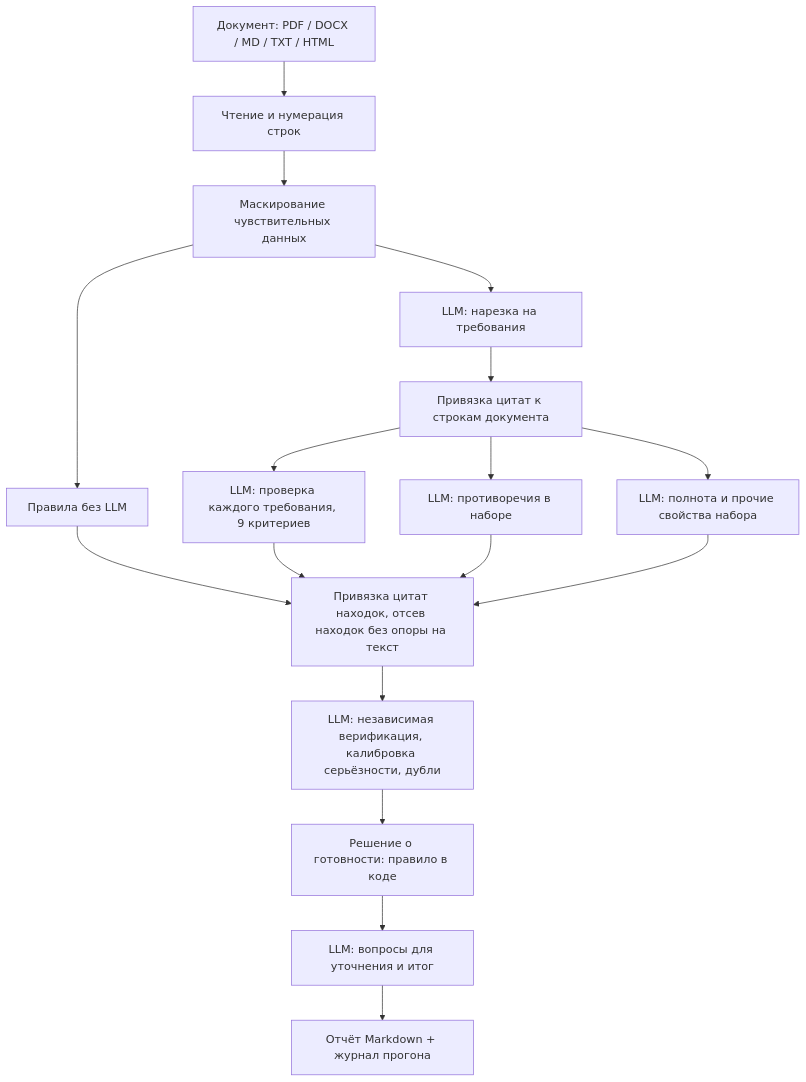
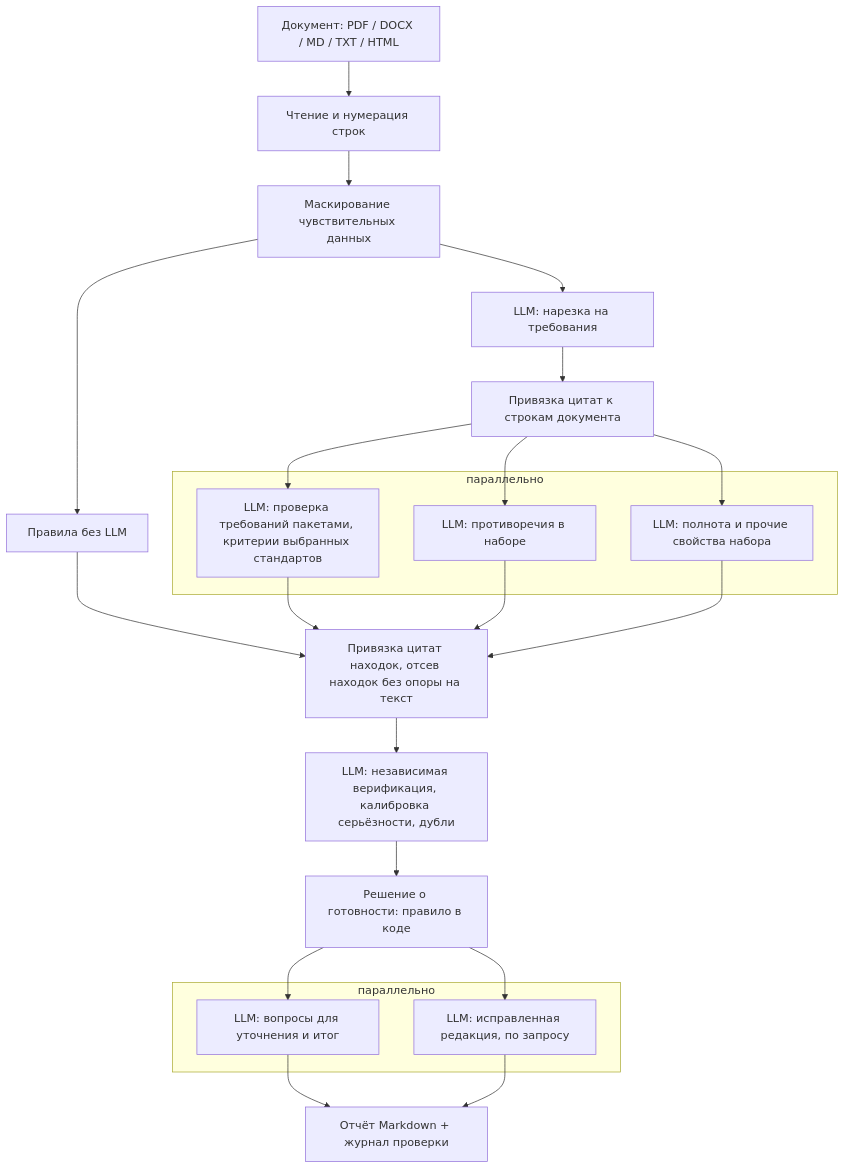
The diagram in README.md (i-oeng/bcc-ai), drawn with Mermaid before and after one commit. The commit also changed other lines of this file and 13 other files, not shown here.

````diff
--- a/README.md
+++ b/README.md
@@ -54,16 +62,23 @@
 ```mermaid
 flowchart TD
     A[Документ: PDF / DOCX / MD / TXT / HTML] --> B[Чтение и нумерация строк]
     B --> C[Маскирование чувствительных данных]
     C --> D[LLM: нарезка на требования]
     D --> E[Привязка цитат к строкам документа]
     C --> F[Правила без LLM]
-    E --> G[LLM: проверка каждого требования, 9 критериев]
-    E --> H[LLM: противоречия в наборе]
-    E --> I[LLM: полнота и прочие свойства набора]
+    subgraph P1[параллельно]
+    G[LLM: проверка требований пакетами, критерии выбранных стандартов]
+    H[LLM: противоречия в наборе]
+    I[LLM: полнота и прочие свойства набора]
+    end
+    E --> G & H & I
     F & G & H & I --> J[Привязка цитат находок, отсев находок без опоры на текст]
     J --> K[LLM: независимая верификация, калибровка серьёзности, дубли]
     K --> M[Решение о готовности: правило в коде]
-    M --> L[LLM: вопросы для уточнения и итог]
-    L --> N[Отчёт Markdown + журнал прогона]
+    subgraph P2[параллельно]
+    L[LLM: вопросы для уточнения и итог]
+    X[LLM: исправленная редакция, по запросу]
+    end
+    M --> L & X
+    L & X --> N[Отчёт Markdown + журнал проверки]
 ```
````
